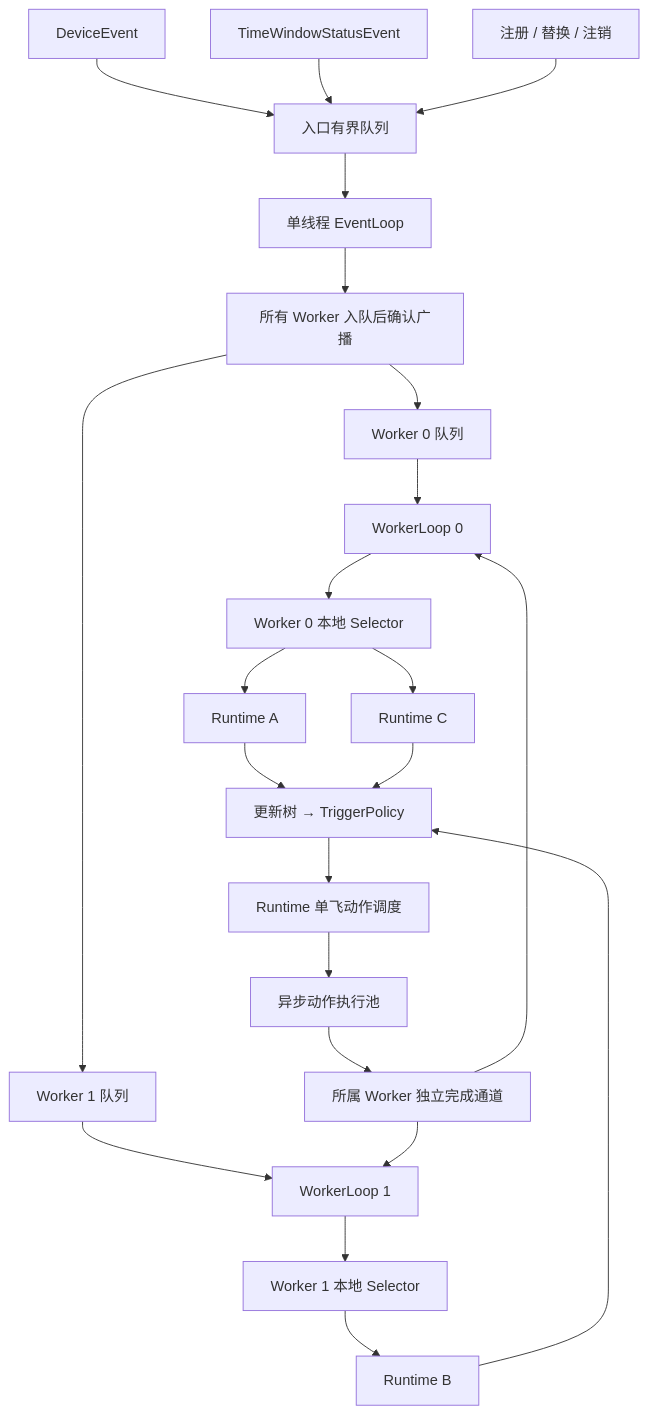
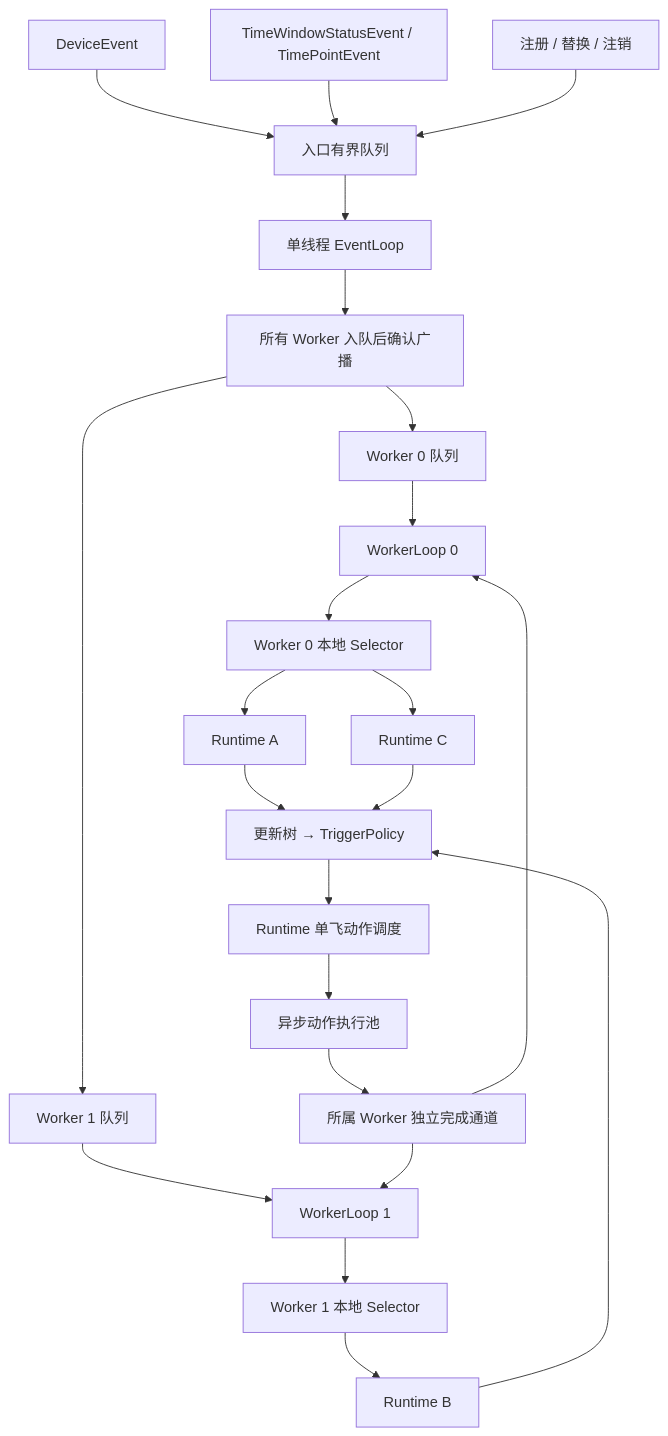
The second of 3 diagrams in domains/rule/engine/docs/runtime-v3.md (NeoM-Coding/Labsystem), drawn with Mermaid before and after one commit. The commit also changed other lines of this file and 13 other files, not shown here.

````diff
--- a/domains/rule/engine/docs/runtime-v3.md
+++ b/domains/rule/engine/docs/runtime-v3.md
@@ -32,25 +32,25 @@
 ```mermaid
 flowchart TD
     Device[DeviceEvent] --> Ingress[入口有界队列]
-    Window[TimeWindowStatusEvent] --> Ingress
+    Window[TimeWindowStatusEvent / TimePointEvent] --> Ingress
     Management[注册 / 替换 / 注销] --> Ingress
     Ingress --> EventLoop[单线程 EventLoop]
     EventLoop --> Broadcast[所有 Worker 入队后确认广播]
     Broadcast --> Queue0[Worker 0 队列]
     Broadcast --> Queue1[Worker 1 队列]
     Queue0 --> Loop0[WorkerLoop 0]
     Queue1 --> Loop1[WorkerLoop 1]
     Loop0 --> Selector0[Worker 0 本地 Selector]
     Loop1 --> Selector1[Worker 1 本地 Selector]
     Selector0 --> RuntimeA[Runtime A]
     Selector0 --> RuntimeC[Runtime C]
     Selector1 --> RuntimeB[Runtime B]
     RuntimeA --> Decision[更新树 → TriggerPolicy]
     RuntimeB --> Decision
     RuntimeC --> Decision
     Decision --> Dispatcher[Runtime 单飞动作调度]
     Dispatcher --> Executor[异步动作执行池]
     Executor --> Completion[所属 Worker 独立完成通道]
     Completion --> Loop0
     Completion --> Loop1
 ```
````
